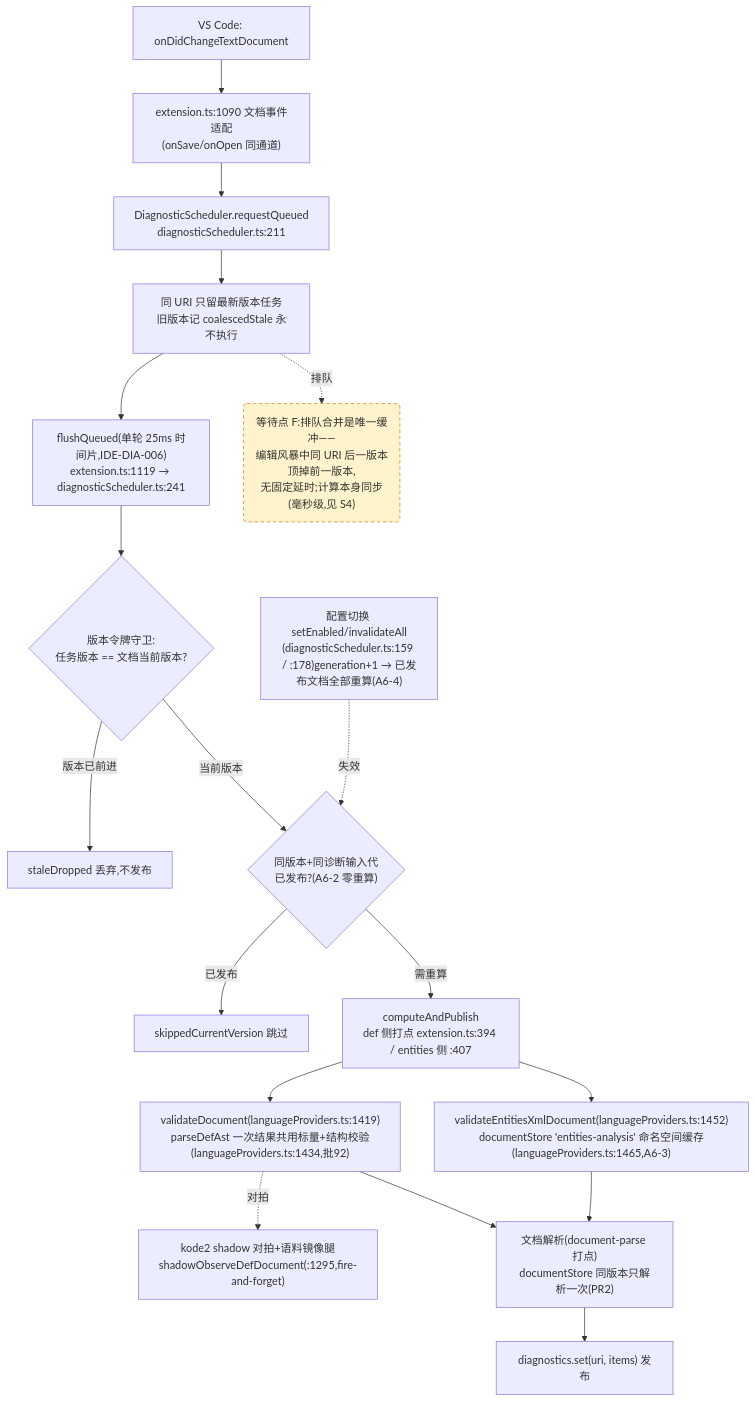
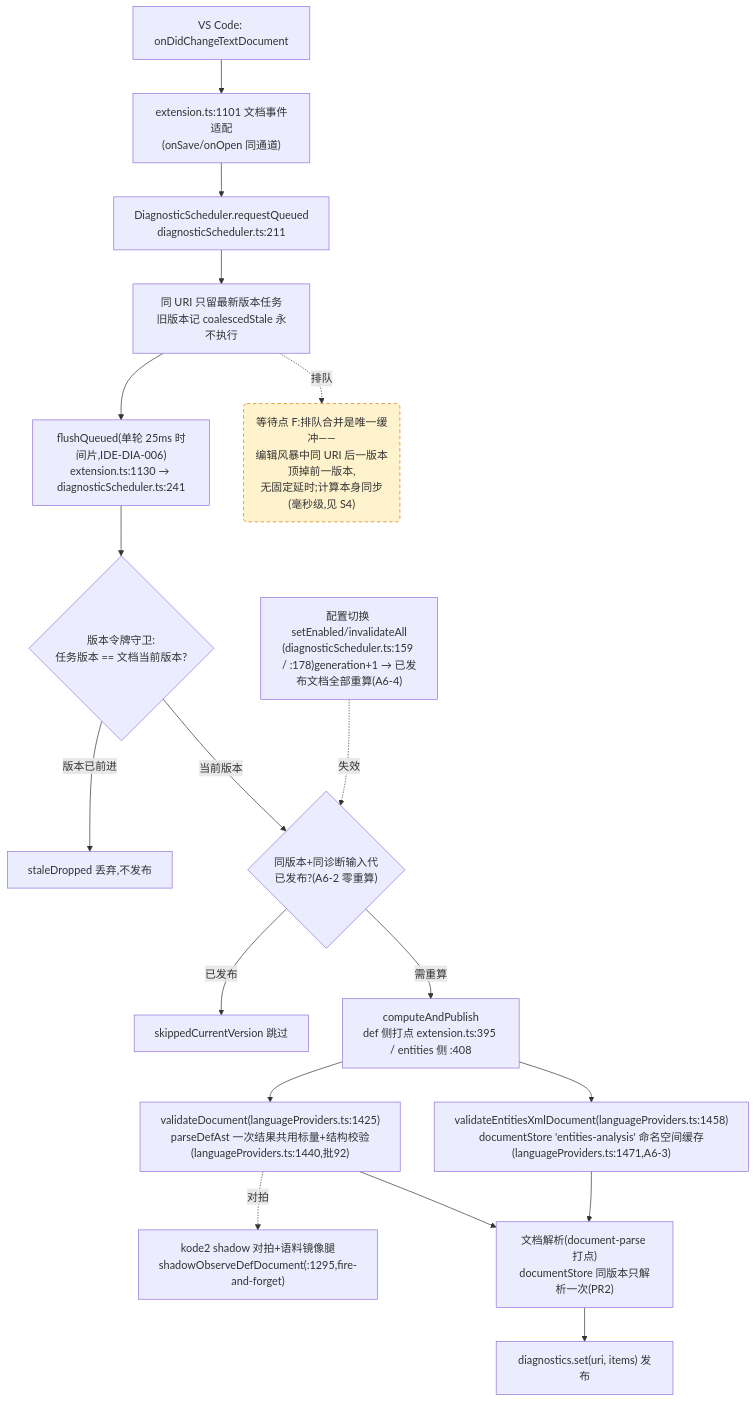
Before and after one commit to cuihairu/kode: the fourth of 4 diagrams in docs/perf/2026-baseline.md, drawn with Mermaid. The commit also changed other lines of this file and 9 other files, not shown here.

````diff
--- a/docs/perf/2026-baseline.md
+++ b/docs/perf/2026-baseline.md
@@ -214,38 +214,38 @@
 ```mermaid
 flowchart TD
   CHG["VS Code: onDidChangeTextDocument"]
-  WATCH["extension.ts:1090 文档事件适配<br/>(onSave/onOpen 同通道)"]
+  WATCH["extension.ts:1101 文档事件适配<br/>(onSave/onOpen 同通道)"]
   RQ["DiagnosticScheduler.requestQueued<br/>diagnosticScheduler.ts:211"]
   CO["同 URI 只留最新版本任务<br/>旧版本记 coalescedStale 永不执行"]
-  FL["flushQueued(单轮 25ms 时间片,IDE-DIA-006)<br/>extension.ts:1119 → diagnosticScheduler.ts:241"]
+  FL["flushQueued(单轮 25ms 时间片,IDE-DIA-006)<br/>extension.ts:1130 → diagnosticScheduler.ts:241"]
   VG{"版本令牌守卫:<br/>任务版本 == 文档当前版本?"}
   DROP["staleDropped 丢弃,不发布"]
   GEN{"同版本+同诊断输入代<br/>已发布?(A6-2 零重算)"}
   SKIP["skippedCurrentVersion 跳过"]
-  CALC["computeAndPublish<br/>def 侧打点 extension.ts:394 / entities 侧 :407"]
-  VD["validateDocument(languageProviders.ts:1419)<br/>parseDefAst 一次结果共用标量+结构校验(languageProviders.ts:1434,批92)"]
-  VEX["validateEntitiesXmlDocument(languageProviders.ts:1452)<br/>documentStore 'entities-analysis' 命名空间缓存(languageProviders.ts:1465,A6-3)"]
+  CALC["computeAndPublish<br/>def 侧打点 extension.ts:395 / entities 侧 :408"]
+  VD["validateDocument(languageProviders.ts:1425)<br/>parseDefAst 一次结果共用标量+结构校验(languageProviders.ts:1440,批92)"]
+  VEX["validateEntitiesXmlDocument(languageProviders.ts:1458)<br/>documentStore 'entities-analysis' 命名空间缓存(languageProviders.ts:1471,A6-3)"]
   SHDD["kode2 shadow 对拍+语料镜像腿<br/>shadowObserveDefDocument(:1295,fire-and-forget)"]
   DS["文档解析(document-parse 打点)<br/>documentStore 同版本只解析一次(PR2)"]
   PUB["diagnostics.set(uri, items) 发布"]
   CFG2["配置切换 setEnabled/invalidateAll<br/>(diagnosticScheduler.ts:159 / :178)generation+1 → 已发布文档全部重算(A6-4)"]
 
   CHG --> WATCH --> RQ --> CO --> FL --> VG
   VG -- "版本已前进" --> DROP
   VG -- "当前版本" --> GEN
   GEN -- "已发布" --> SKIP
   GEN -- "需重算" --> CALC
   CALC --> VD
   CALC --> VEX
   VD --> DS
   VEX --> DS
   DS --> PUB
   VD -.->|对拍| SHDD
   CFG2 -.->|失效| GEN
 
   WAITF("等待点 F:排队合并是唯一缓冲——<br/>编辑风暴中同 URI 后一版本顶掉前一版本,<br/>无固定延时;计算本身同步(毫秒级,见 S4)")
   CO -.->|排队| WAITF
 
   classDef waitPoint fill:#fff3cd,stroke:#d97706,stroke-dasharray:5 4;
   class WAITF waitPoint;
 ```
````
